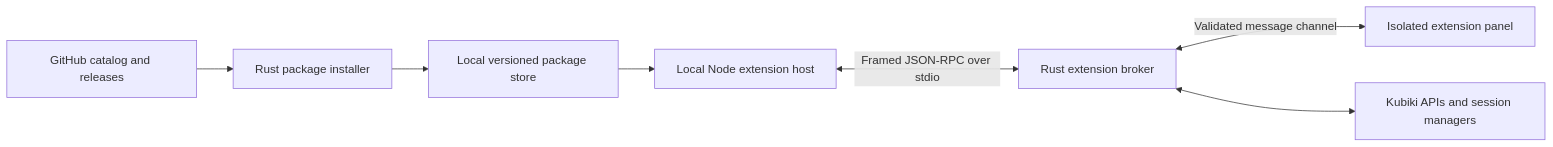
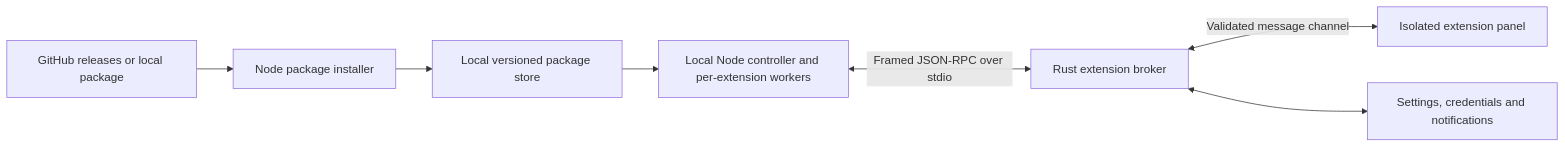
Before and after one commit to JustYarick/kubiki: the diagram in docs/EXTENSION_PLATFORM.md, drawn with Mermaid. The commit also changed other lines of this file and 23 other files, not shown here.

````diff
--- a/docs/EXTENSION_PLATFORM.md
+++ b/docs/EXTENSION_PLATFORM.md
@@ -56,9 +61,9 @@
 ```mermaid
 flowchart LR
-  GH[GitHub catalog and releases] --> I[Rust package installer]
+  GH[GitHub releases or local package] --> I[Node package installer]
   I --> S[Local versioned package store]
-  S --> H[Local Node extension host]
+  S --> H[Local Node controller and per-extension workers]
   H <-->|Framed JSON-RPC over stdio| B[Rust extension broker]
   B <-->|Validated message channel| P[Isolated extension panel]
-  B <--> K[Kubiki APIs and session managers]
+  B <--> K[Settings, credentials and notifications]
 ```
````
